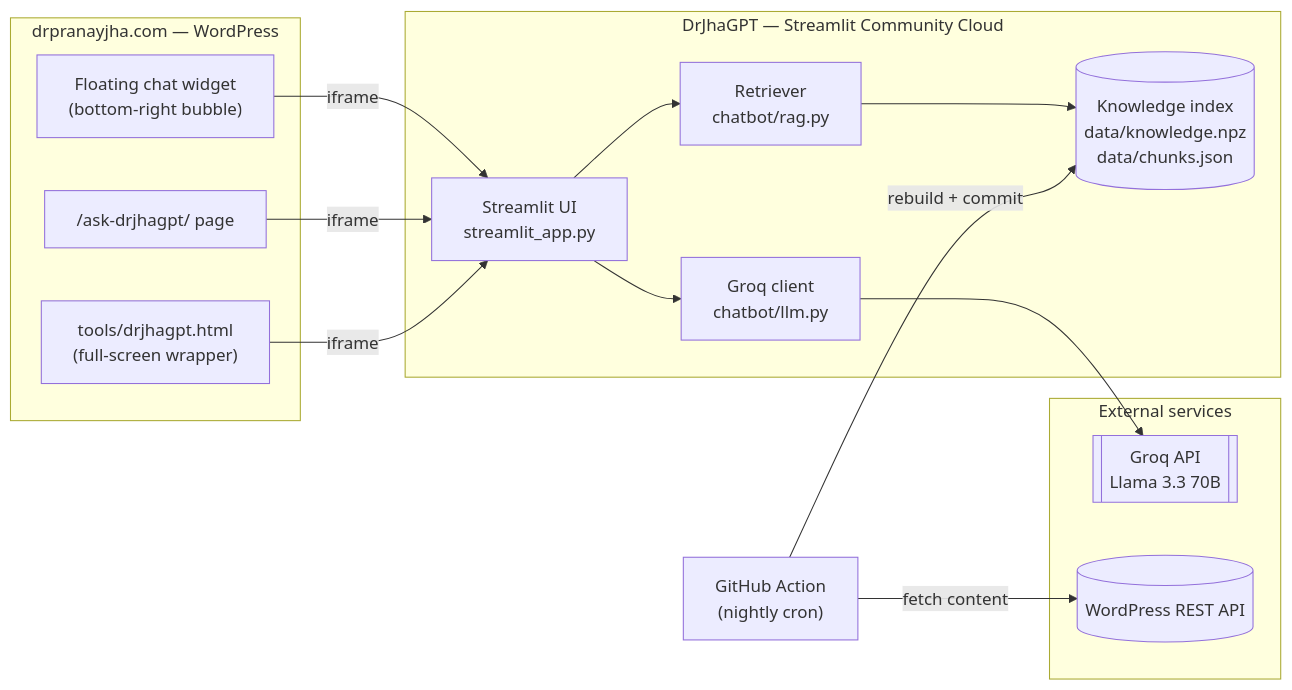
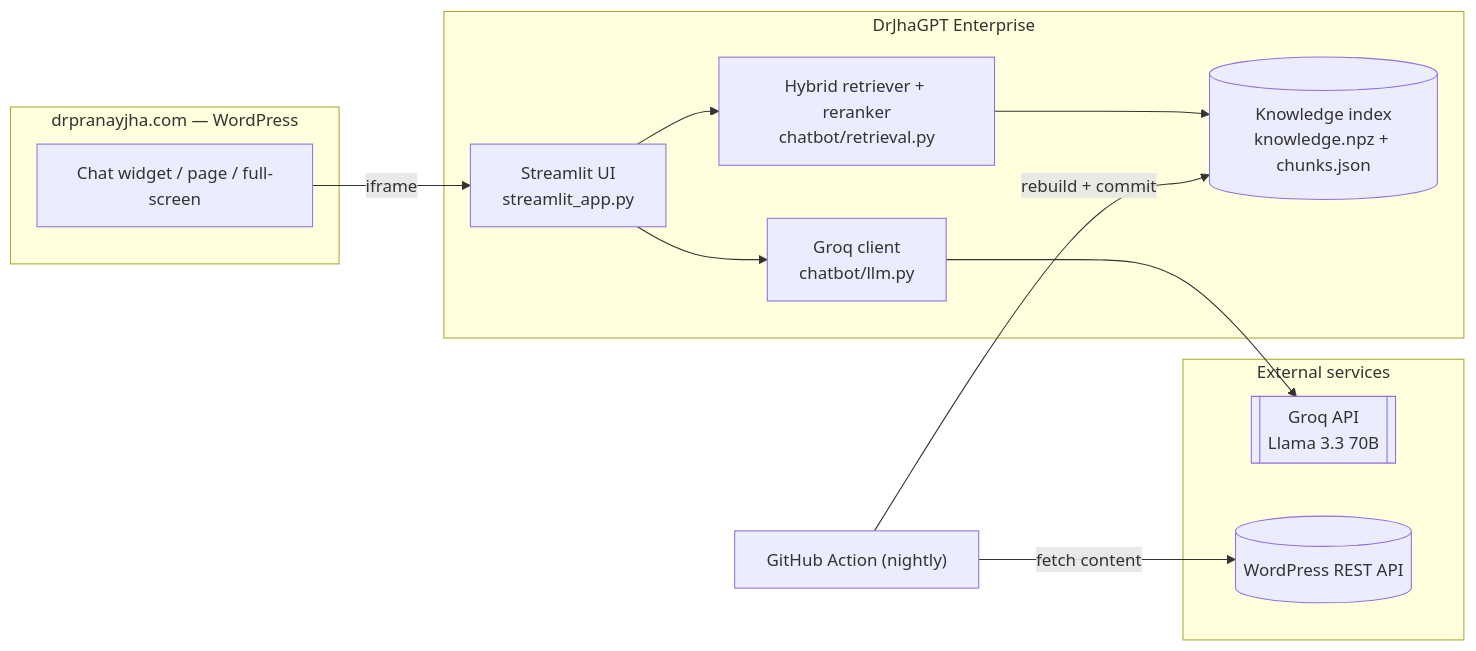
One commit to impranayk/drjhagpt-ent changed the first of 3 diagrams in ARCHITECTURE.md. Above: the diagram before and after it, drawn with Mermaid. The commit also changed other lines of this file and 1 other file, not shown here.

Commit message:
Update README + ARCHITECTURE for Phase 1 (hybrid retrieval, reranking, eval)

````diff
--- a/ARCHITECTURE.md
+++ b/ARCHITECTURE.md
@@ -13,29 +18,24 @@
 ```mermaid
 flowchart LR
     subgraph Site["drpranayjha.com — WordPress"]
-      W["Floating chat widget<br/>(bottom-right bubble)"]
-      P["/ask-drjhagpt/ page"]
-      FS["tools/drjhagpt.html<br/>(full-screen wrapper)"]
+      W["Chat widget / page / full-screen"]
     end
 
-    subgraph App["DrJhaGPT — Streamlit Community Cloud"]
+    subgraph App["DrJhaGPT Enterprise"]
       UI["Streamlit UI<br/>streamlit_app.py"]
-      RAG["Retriever<br/>chatbot/rag.py"]
+      RET["Hybrid retriever + reranker<br/>chatbot/retrieval.py"]
       LLMC["Groq client<br/>chatbot/llm.py"]
-      IDX[("Knowledge index<br/>data/knowledge.npz<br/>data/chunks.json")]
+      IDX[("Knowledge index<br/>knowledge.npz + chunks.json")]
     end
 
     subgraph Ext["External services"]
       GROQ[["Groq API<br/>Llama 3.3 70B"]]
       WPAPI[("WordPress REST API")]
     end
 
     W -->|iframe| UI
-    P -->|iframe| UI
-    FS -->|iframe| UI
-    UI --> RAG --> IDX
+    UI --> RET --> IDX
     UI --> LLMC --> GROQ
-
-    GHA["GitHub Action<br/>(nightly cron)"] -->|fetch content| WPAPI
+    GHA["GitHub Action (nightly)"] -->|fetch content| WPAPI
     GHA -->|rebuild + commit| IDX
 ```
````
